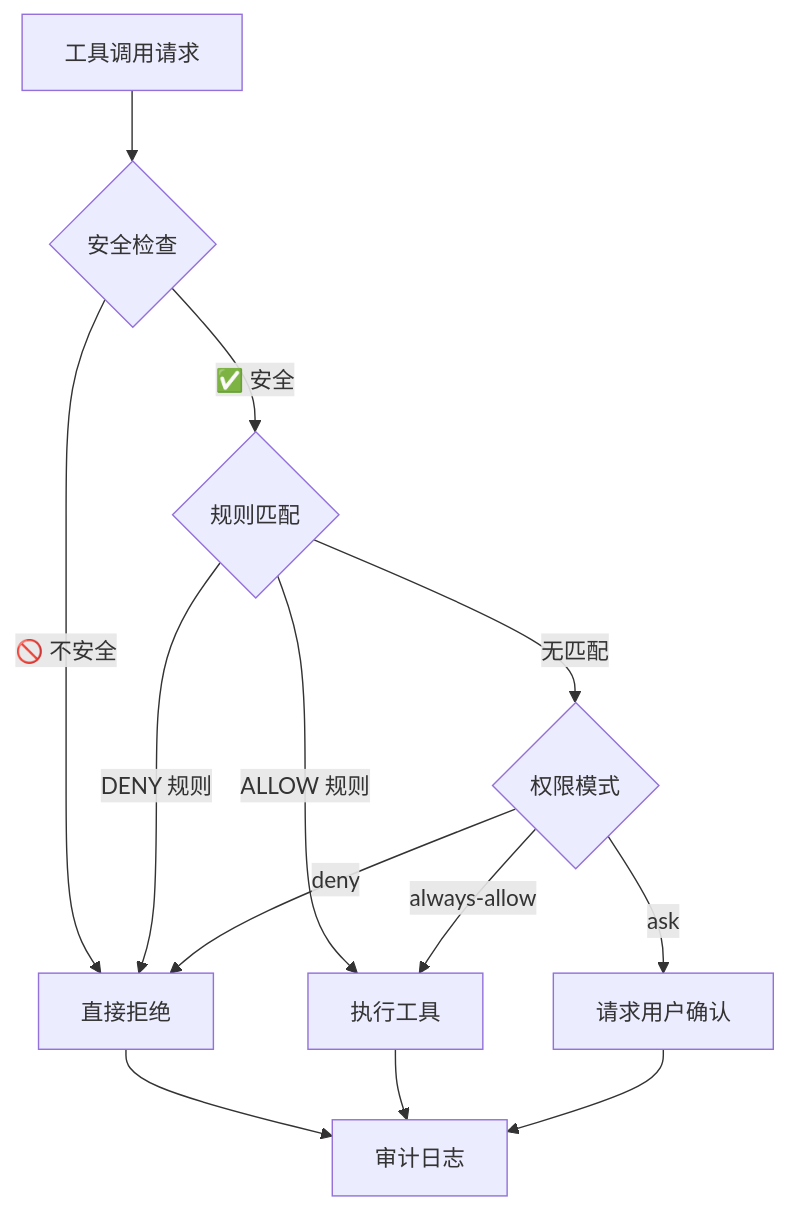
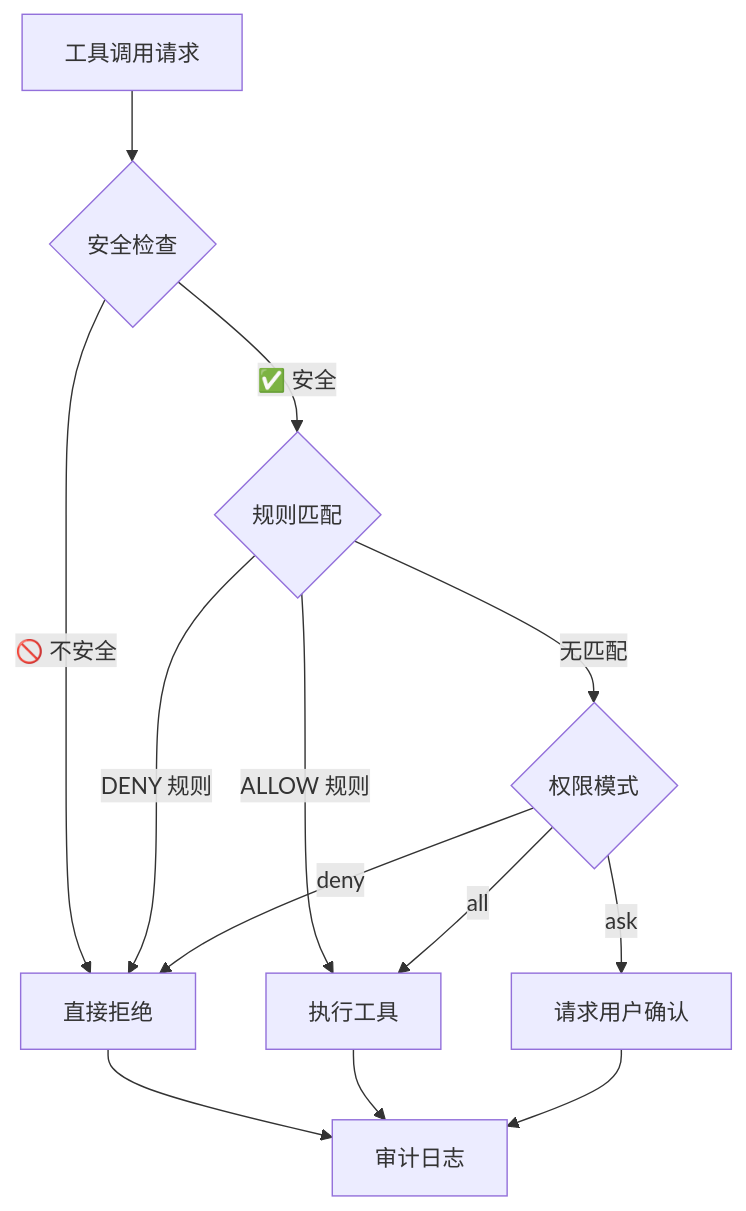
One commit to bg1avd/claude-code-node changed the diagram in README.md. Above: the diagram before and after it, drawn with Mermaid. The commit also changed other lines of this file and 16 other files, not shown here.

````diff
--- a/README.md
+++ b/README.md
@@ -312,15 +321,15 @@
 ```mermaid
 graph TD
     A[工具调用请求] --> B{安全检查}
     B -->|🚫 不安全| C[直接拒绝]
     B -->|✅ 安全| D{规则匹配}
     D -->|DENY 规则| C
     D -->|ALLOW 规则| E[执行工具]
     D -->|无匹配| F{权限模式}
     F -->|ask| G[请求用户确认]
-    F -->|always-allow| E
+    F -->|all| E
     F -->|deny| C
     C --> H[审计日志]
     E --> H
     G --> H
 ```
````
